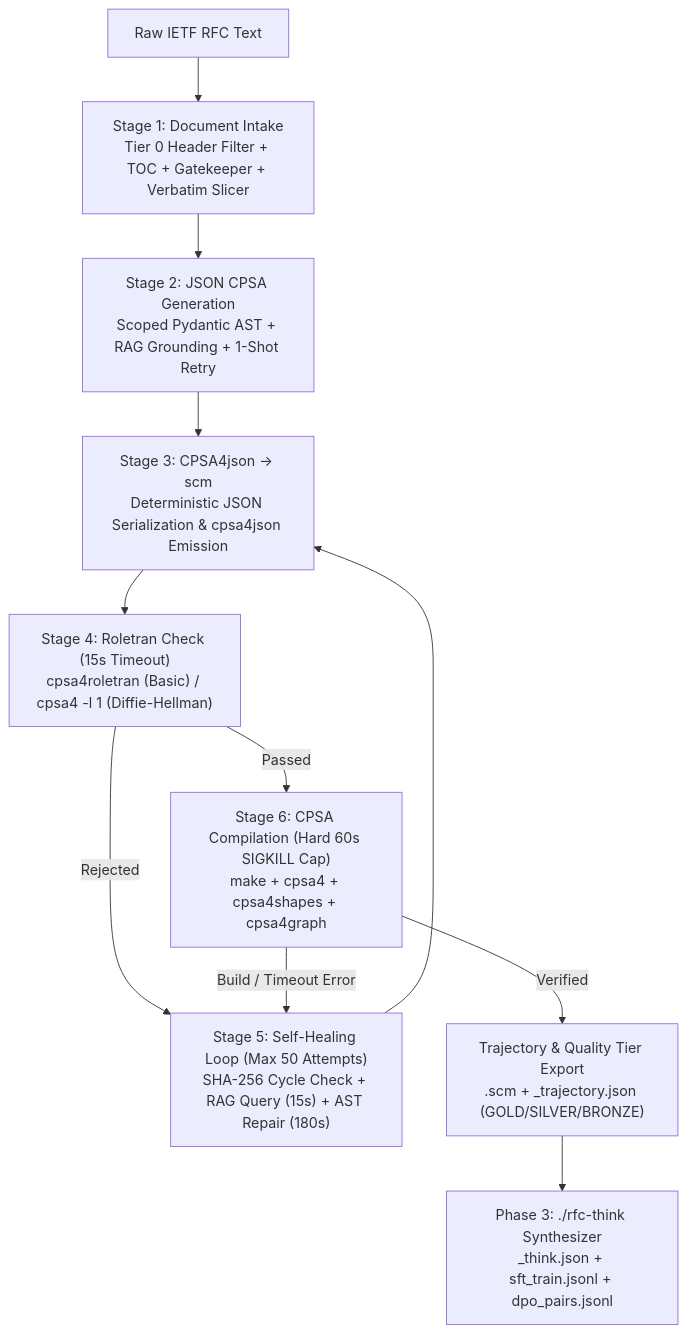
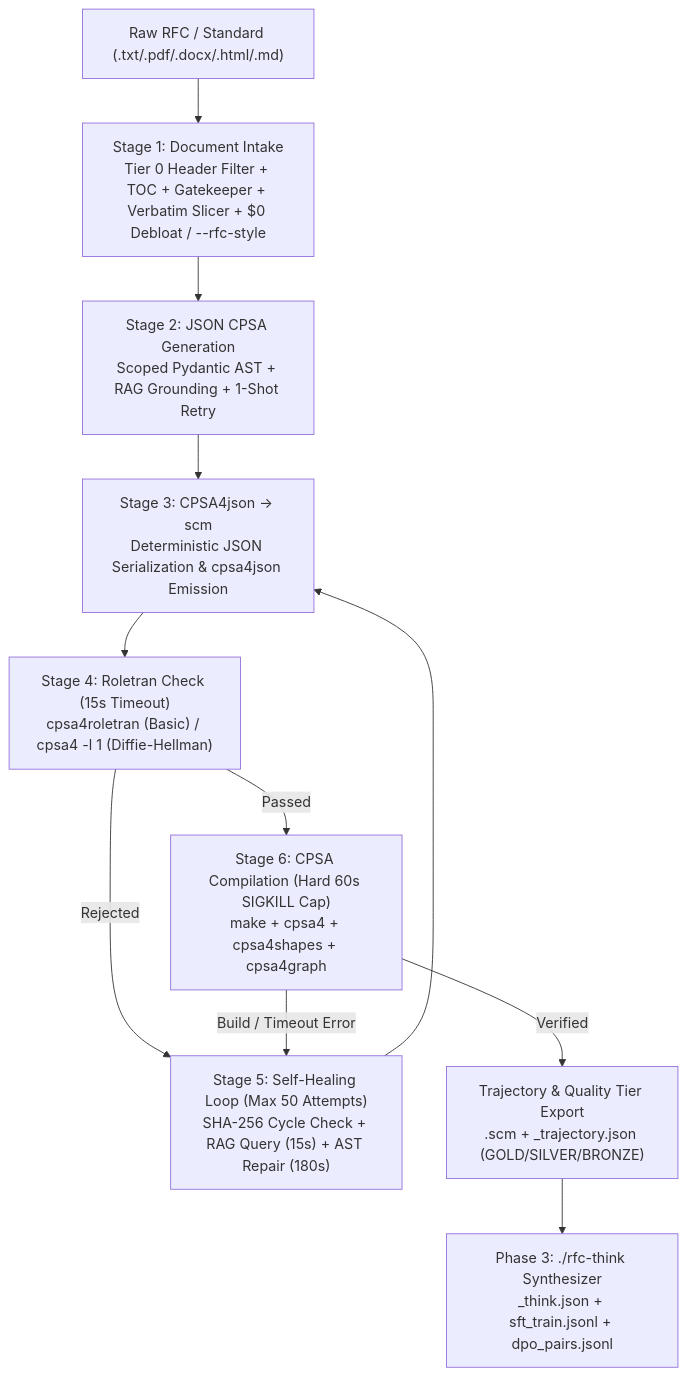
The diagram in docs/README.md (mariobx/RFC-LLM), drawn with Mermaid before and after one commit. The commit also changed other lines of this file and 35 other files, not shown here.

````diff
--- a/docs/README.md
+++ b/docs/README.md
@@ -48,13 +48,13 @@
 ```mermaid
 flowchart TD
-    A["Raw IETF RFC Text"] --> B["Stage 1: Document Intake\nTier 0 Header Filter + TOC + Gatekeeper + Verbatim Slicer"]
+    A["Raw RFC / Standard (.txt/.pdf/.docx/.html/.md)"] --> B["Stage 1: Document Intake\nTier 0 Header Filter + TOC + Gatekeeper + Verbatim Slicer + $0 Debloat / --rfc-style"]
     B --> C["Stage 2: JSON CPSA Generation\nScoped Pydantic AST + RAG Grounding + 1-Shot Retry"]
     C --> D["Stage 3: CPSA4json -> scm\nDeterministic JSON Serialization & cpsa4json Emission"]
     D --> E["Stage 4: Roletran Check (15s Timeout)\ncpsa4roletran (Basic) / cpsa4 -l 1 (Diffie-Hellman)"]
     E -->|Rejected| F["Stage 5: Self-Healing Loop (Max 50 Attempts)\nSHA-256 Cycle Check + RAG Query (15s) + AST Repair (180s)"]
     F --> D
     E -->|Passed| G["Stage 6: CPSA Compilation (Hard 60s SIGKILL Cap)\nmake + cpsa4 + cpsa4shapes + cpsa4graph"]
     G -->|Build / Timeout Error| F
     G -->|Verified| H["Trajectory & Quality Tier Export\n<protocol>.scm + <protocol>_trajectory.json (GOLD/SILVER/BRONZE)"]
     H --> I["Phase 3: ./rfc-think Synthesizer\n<protocol>_think.json + sft_train.jsonl + dpo_pairs.jsonl"]
 ```
````
